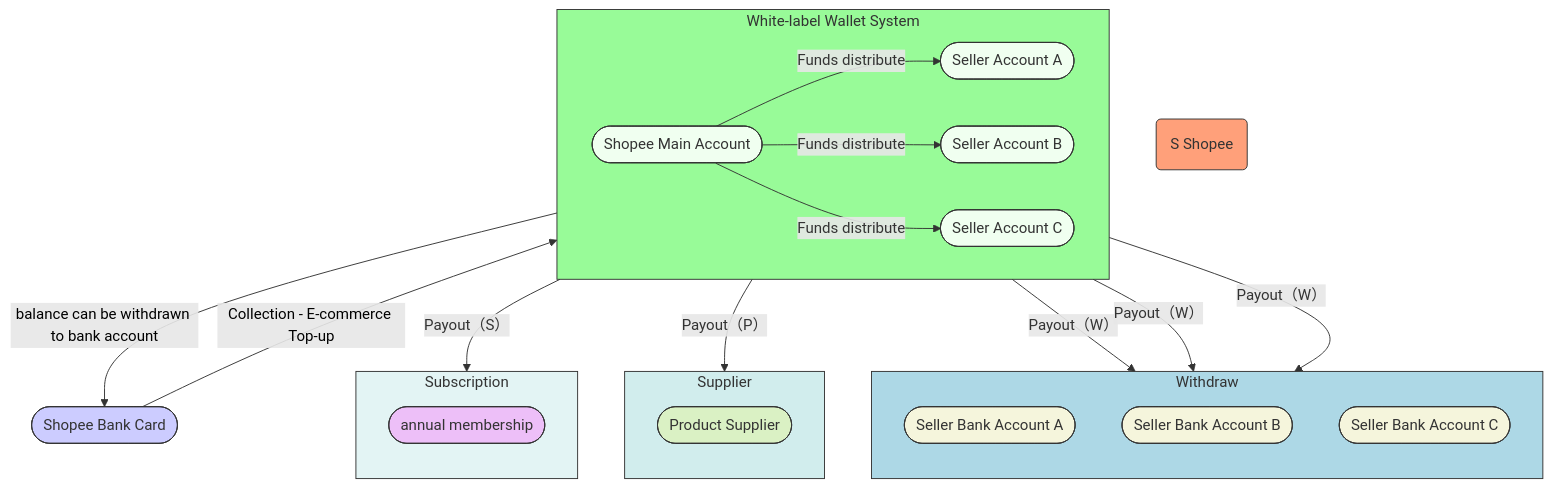
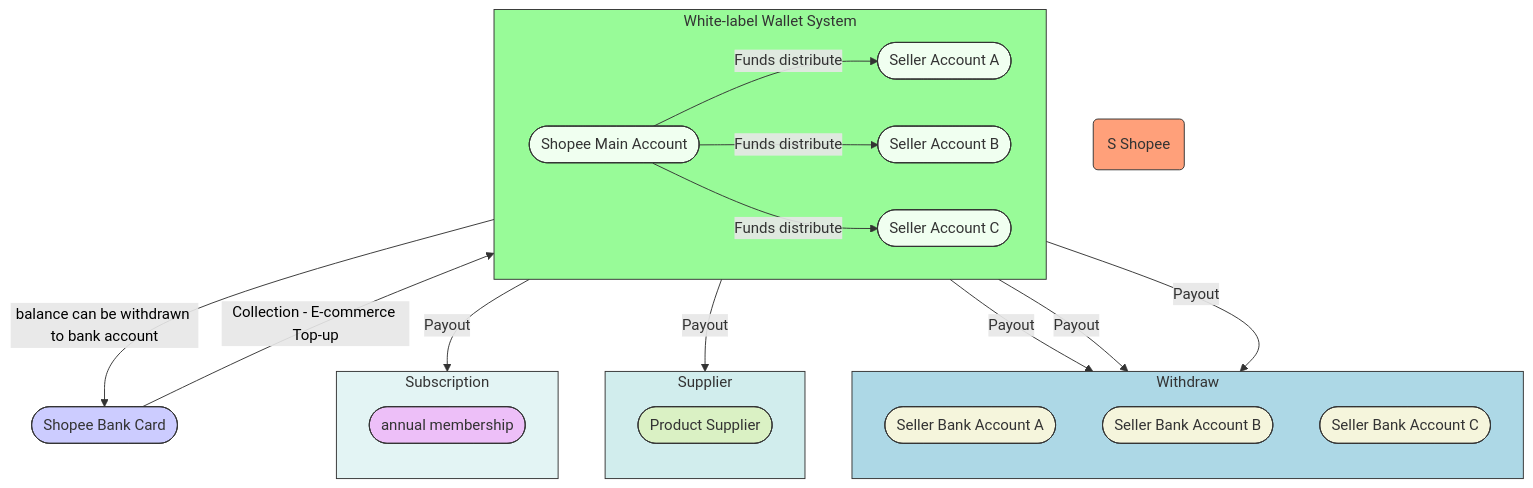
Before and after one commit to blaire101/data-warehouse-solutions: the second of 2 diagrams in README.md, drawn with Mermaid. The commit also changed other lines of this file, not shown here.

````diff
--- a/README.md
+++ b/README.md
@@ -86,69 +86,69 @@
 ```mermaid
 graph TD
     %% Left side entities - Shopee above Shopee Bank Card
     Shopee(S Shopee)
     style Shopee fill:#FFA07A,stroke:#333,stroke-width:2px %% Adjusted to comfortable orange-yellow
     ShopeeBankCard([Shopee Bank Card])
     style ShopeeBankCard fill:#ccf,stroke:#333,stroke-width:2px %% Keep light blue for the card
 
     %% Central green box - White-label Official Wallet
     subgraph SG_Wallet_T["White-label Wallet System"]
         direction LR %% Internal layout is more left-to-right
         style SG_Wallet_T fill:#98FB98,stroke:#333,stroke-width:2px %% Changed to light green
         SMA([Shopee Main Account])
         style SMA fill:#F0FFF0,stroke:#333,stroke-width:2px %% Keep very pale green
         SA_A([Seller Account A])
         style SA_A fill:#F0FFF0,stroke:#333,stroke-width:2px %% Keep very pale green
         SA_B([Seller Account B])
         style SA_B fill:#F0FFF0,stroke:#333,stroke-width:2px %% Keep very pale green
         SA_C([Seller Account C])
         style SA_C fill:#F0FFF0,stroke:#333,stroke-width:2px %% Keep very pale green
 
         SMA -- "Funds distribute" --> SA_A
         SMA -- "Funds distribute" --> SA_B
         SMA -- "Funds distribute" --> SA_C
         linkStyle 0,1,2 stroke:#333,stroke-width:1px
     end
 
     %% Right blue box - Seller Bank Accounts
     subgraph SG_SellerBanks["Withdraw"]
         direction TB %% Internal layout is top-to-bottom
         style SG_SellerBanks fill:#ADD8E6,stroke:#333,stroke-width:2px %% Changed to light blue
         SBA_A([Seller Bank Account A])
         style SBA_A fill:#F5F5DC,stroke:#333,stroke-width:2px %% Keep beige
         SBA_B([Seller Bank Account B])
         style SBA_B fill:#F5F5DC,stroke:#333,stroke-width:2px %% Keep beige
         SBA_C([Seller Bank Account C])
         style SBA_C fill:#F5F5DC,stroke:#333,stroke-width:2px %% Keep beige
     end
 
    %% Right blue box - Seller Product Supplier
     subgraph SZ_ProductSupplier["Supplier"]
         direction TB %% Internal layout is top-to-bottom
         style SZ_ProductSupplier fill:#ADD8,stroke:#333,stroke-width:2px %% Changed to light blue
         SPS_A([Product Supplier])
         style SPS_A fill:#FF23,stroke:#333,stroke-width:2px %% Keep beige
     end
 
     %% Right blue box - Seller Annual Subscription Plan
     subgraph Subs["Subscription"]
         direction TB %% Internal layout is top-to-bottom
         style Subs fill:#ADD5,stroke:#333,stroke-width:1px %% Changed to light blue
         SASP_C([annual membership])
         style SASP_C fill:#F5F5,stroke:#333,stroke-width:1px %% Keep beige
     end
 
     %% Connections between main sections
     ShopeeBankCard --> |Collection - E-commerce Top-up| SMA
     linkStyle 3 stroke:#333,stroke-width:1px,color:#000
 
     SMA --> |balance can be withdrawn to bank account| ShopeeBankCard
     linkStyle 4 stroke:#333,stroke-width:1px,color:#000
 
-    SA_A --> |Payout（W）| SBA_A
-    SA_A --> |Payout（P）| SPS_A
-    SA_C --> |Payout（S）| SASP_C
-    SA_B --> |Payout（W）| SBA_B
-    SA_C --> |Payout（W）| SBA_C
+    SA_A --> |Payout| SBA_A
+    SA_A --> |Payout| SPS_A
+    SA_C --> |Payout| SASP_C
+    SA_B --> |Payout| SBA_B
+    SA_C --> |Payout| SBA_C
     linkStyle 5,6,7 stroke:#333,stroke-width:1px
 ```
````
